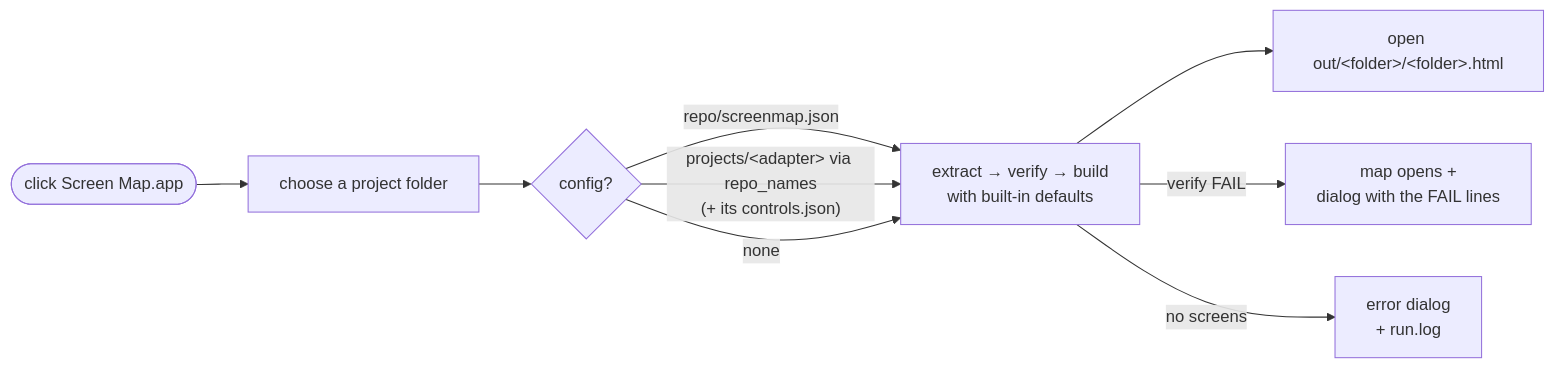
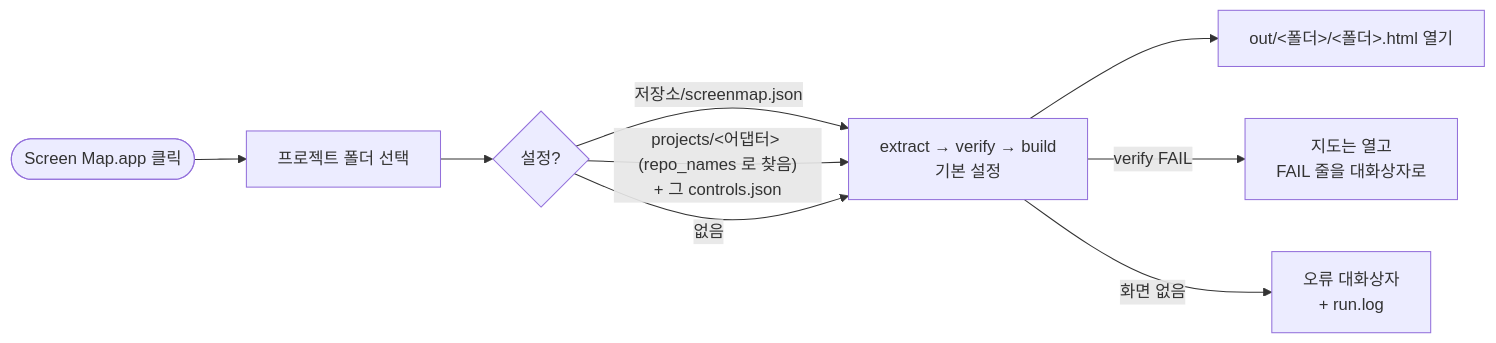
One commit to DevGGyu/AndroidScreenMap changed the third of 3 diagrams in README.md. Above: the diagram before and after it, drawn with Mermaid. The commit also changed other lines of this file and 3 other files, not shown here.

````diff
--- a/README.md
+++ b/README.md
@@ -84,11 +84,11 @@
 ```mermaid
 flowchart LR
-    click([click Screen Map.app]) --> pick[choose a project folder]
-    pick --> which{config?}
-    which -- "repo/screenmap.json" --> run
-    which -- "projects/&lt;adapter&gt; via repo_names<br/>(+ its controls.json)" --> run
-    which -- "none" --> run[extract → verify → build<br/>with built-in defaults]
-    run --> open[open out/&lt;folder&gt;/&lt;folder&gt;.html]
-    run -- "verify FAIL" --> dialog[map opens +<br/>dialog with the FAIL lines]
-    run -- "no screens" --> err[error dialog<br/>+ run.log]
+    click([Screen Map.app 클릭]) --> pick[프로젝트 폴더 선택]
+    pick --> which{설정?}
+    which -- "저장소/screenmap.json" --> run
+    which -- "projects/&lt;어댑터&gt; (repo_names 로 찾음)<br/>+ 그 controls.json" --> run
+    which -- "없음" --> run[extract → verify → build<br/>기본 설정]
+    run --> open[out/&lt;폴더&gt;/&lt;폴더&gt;.html 열기]
+    run -- "verify FAIL" --> dialog[지도는 열고<br/>FAIL 줄을 대화상자로]
+    run -- "화면 없음" --> err[오류 대화상자<br/>+ run.log]
 ```
````
